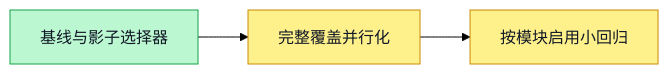
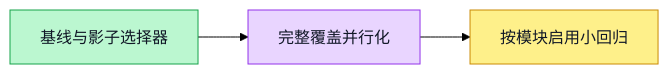
The diagram in docs/superpowers/plans/2026-10-31-ci-targeted-regression.md (boardx/workspacex), drawn with Mermaid (forest theme) before and after one commit. The commit also changed 4 other files, not shown here.

````diff
--- a/docs/superpowers/plans/2026-10-31-ci-targeted-regression.md
+++ b/docs/superpowers/plans/2026-10-31-ci-targeted-regression.md
@@ -69,10 +69,12 @@
 ```mermaid
 flowchart LR
  A[基线与影子选择器] --> B[完整覆盖并行化]
  B --> C[按模块启用小回归]
  classDef todo fill:#e5e7eb,stroke:#6b7280,color:#111827
  classDef done fill:#bbf7d0,stroke:#16a34a,color:#111827
  classDef active fill:#fef08a,stroke:#ca8a04,color:#111827
  class A done
- class B,C active
+ classDef tested fill:#e9d5ff,stroke:#9333ea,color:#111827
+ class B tested
+ class C active
 ```
````
